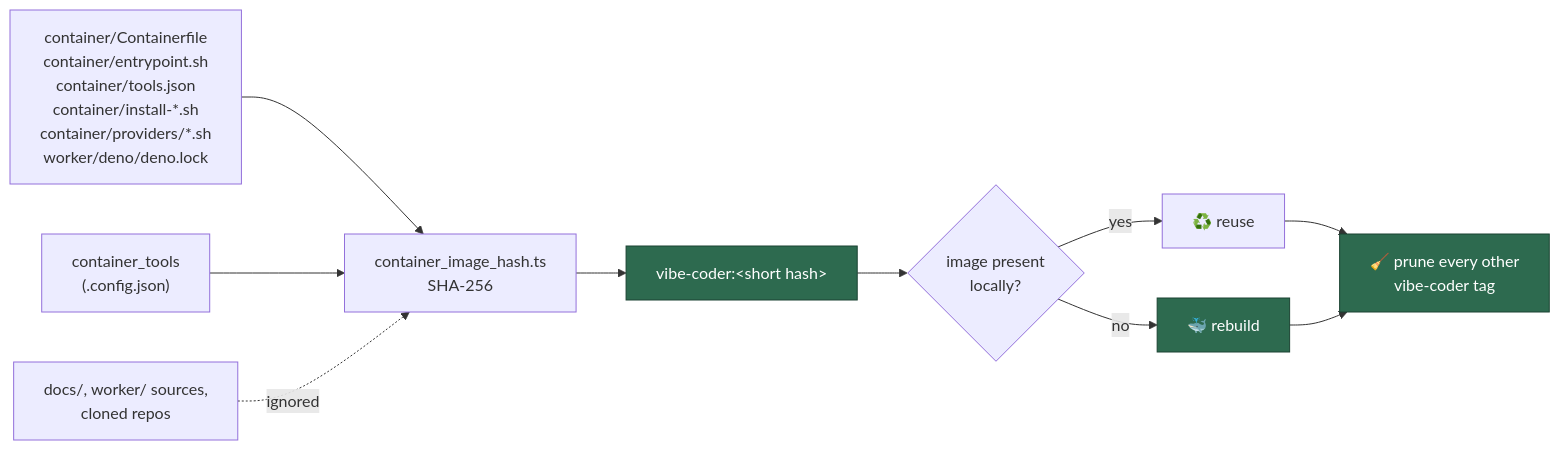
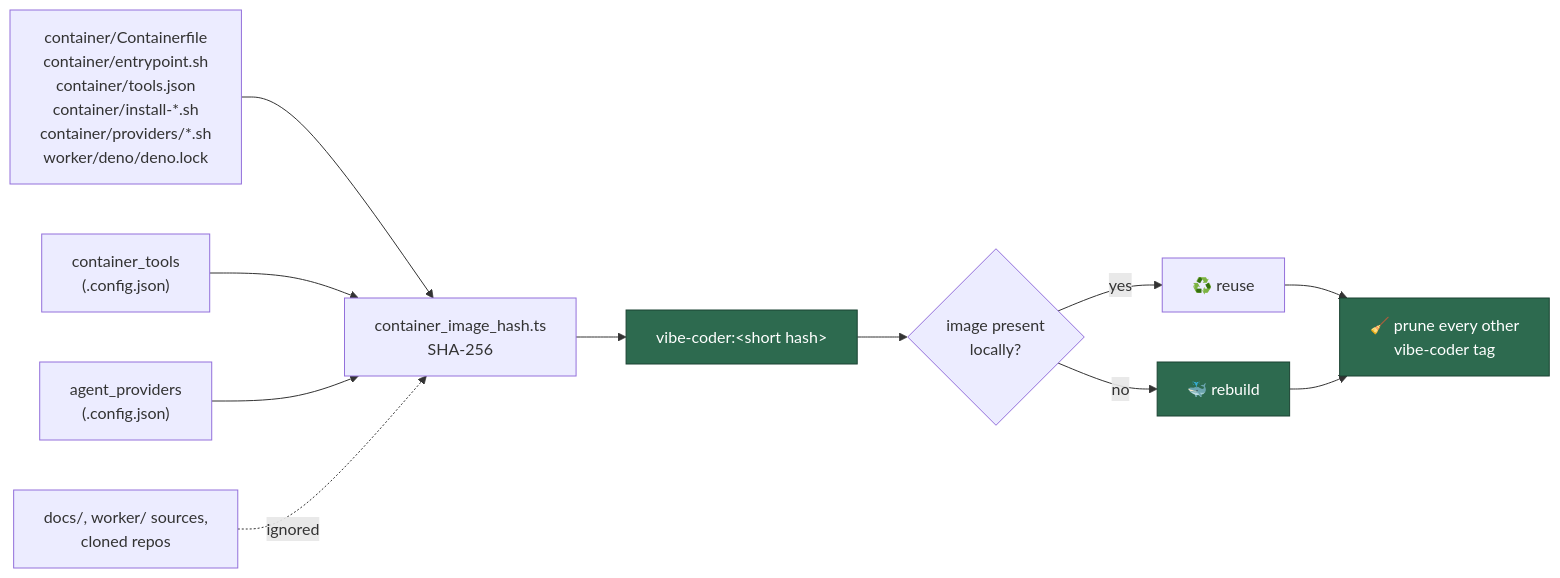
Before and after one commit to stSoftwareAU/VibeCoder: the fourth of 17 diagrams in docs/CONTAINER.md, drawn with Mermaid. The commit also changed other lines of this file and 11 other files, not shown here.

````diff
--- a/docs/CONTAINER.md
+++ b/docs/CONTAINER.md
@@ -279,15 +288,16 @@
 ```mermaid
 flowchart LR
     I["container/Containerfile<br/>container/entrypoint.sh<br/>container/tools.json<br/>container/install-*.sh<br/>container/providers/*.sh<br/>worker/deno/deno.lock"] --> H["container_image_hash.ts<br/>SHA-256"]
     C["container_tools<br/>(.config.json)"] --> H
+    G["agent_providers<br/>(.config.json)"] --> H
     W["docs/, worker/ sources,<br/>cloned repos"] -.ignored.-> H
     H --> R["vibe-coder:&lt;short hash&gt;"]
     R --> D{"image present<br/>locally?"}
     D -->|yes| U["♻️ reuse"]
     D -->|no| B["🐳 rebuild"]
     U --> P["🧹 prune every other<br/>vibe-coder tag"]
     B --> P
     style R fill:#2d6a4f,stroke:#1b4332,color:#fff
     style B fill:#2d6a4f,stroke:#1b4332,color:#fff
     style P fill:#2d6a4f,stroke:#1b4332,color:#fff
 ```
````
